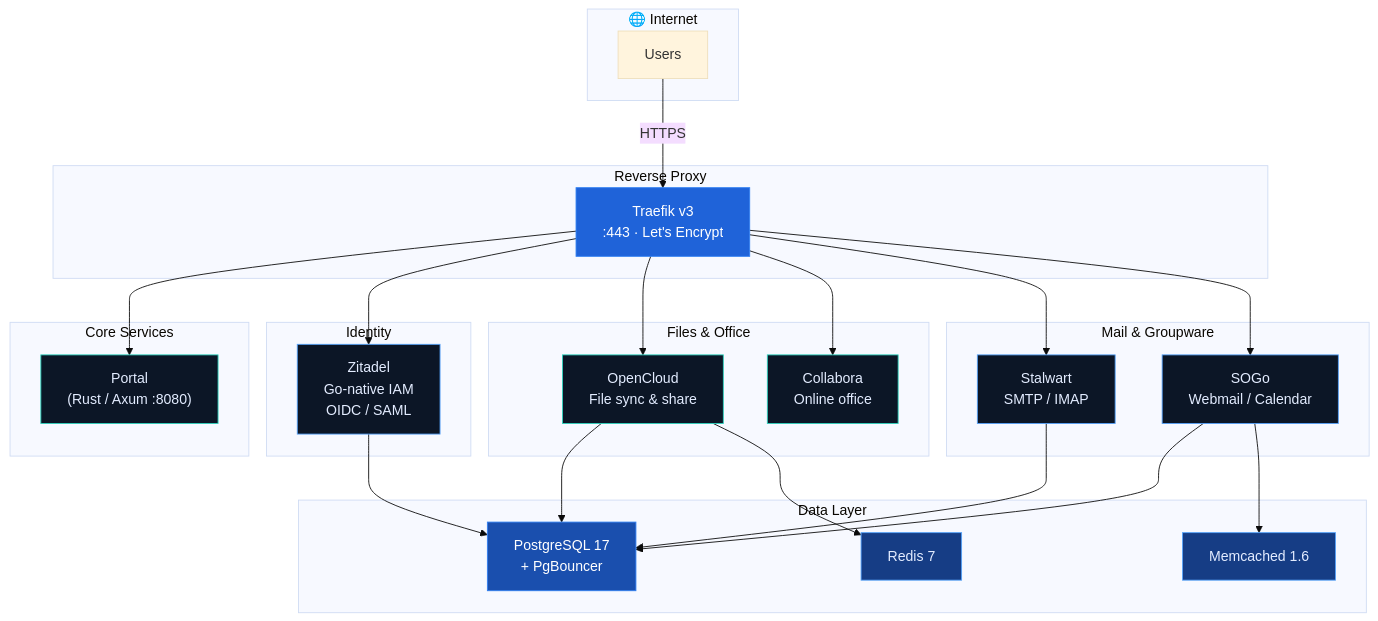
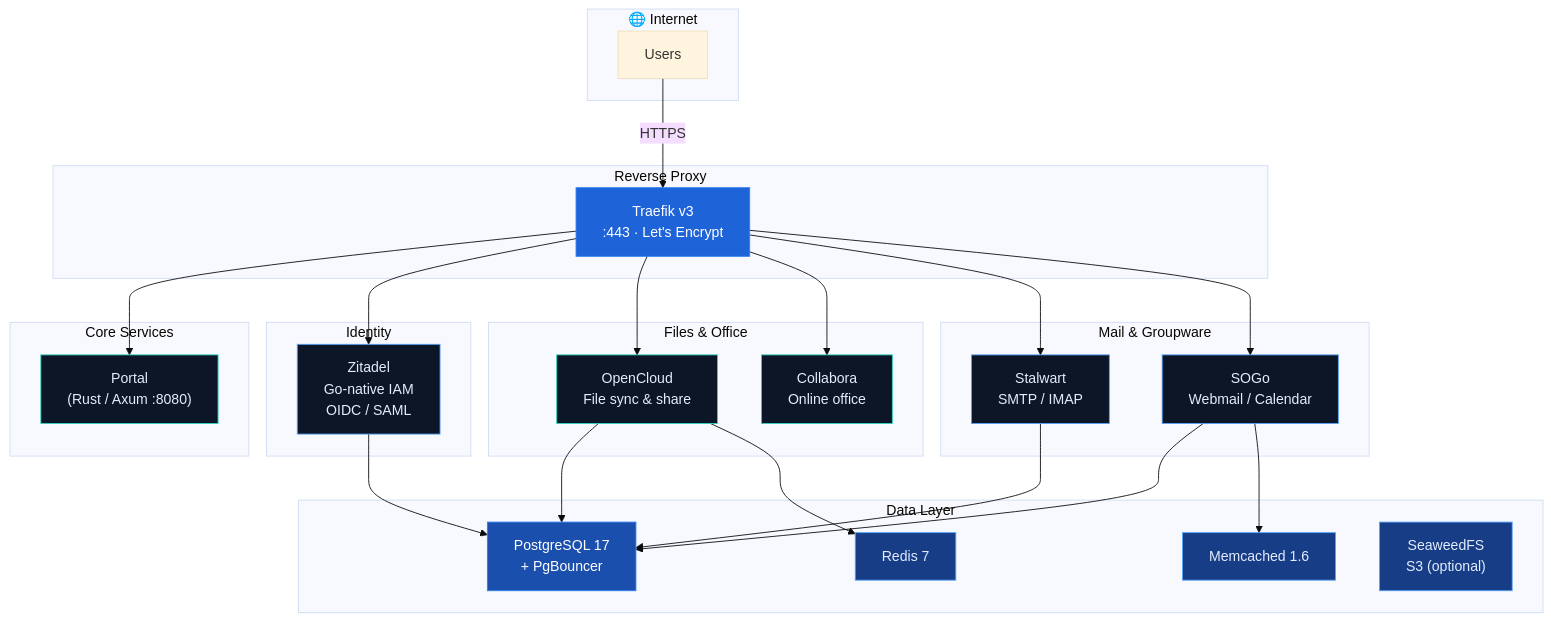
One commit to tobias-weiss-ai-xr/openSME-compose changed the diagram in README.md. Above: the diagram before and after it, drawn with Mermaid (base theme). The commit also changed other lines of this file, not shown here.

````diff
--- a/README.md
+++ b/README.md
@@ -121,60 +123,62 @@
 ```mermaid
 graph TB
     subgraph Internet ["🌐 Internet"]
         Client["Users"]
     end
 
     subgraph Proxy ["Reverse Proxy"]
         Traefik["Traefik v3<br/>:443 · Let's Encrypt"]
     end
 
     subgraph Core ["Core Services"]
         Portal["Portal<br/>(Rust / Axum :8080)"]
     end
 
     subgraph IAM ["Identity"]
         Zitadel["Zitadel<br/>Go-native IAM<br/>OIDC / SAML"]
     end
 
     subgraph Files ["Files & Office"]
         OpenCloud["OpenCloud<br/>File sync & share"]
         Collabora["Collabora<br/>Online office"]
     end
 
     subgraph Mail ["Mail & Groupware"]
         Stalwart["Stalwart<br/>SMTP / IMAP"]
         SOGo["SOGo<br/>Webmail / Calendar"]
     end
 
     subgraph Data ["Data Layer"]
         Postgres["PostgreSQL 17<br/>+ PgBouncer"]
         Redis["Redis 7"]
         Memcached["Memcached 1.6"]
+        SeaweedFS["SeaweedFS<br/>S3 (optional)"]
     end
 
     Client -->|"HTTPS"| Traefik
     Traefik --> Portal
     Traefik --> Zitadel
     Traefik --> OpenCloud
     Traefik --> Collabora
     Traefik --> Stalwart
     Traefik --> SOGo
 
     Zitadel --> Postgres
     OpenCloud --> Postgres
     OpenCloud --> Redis
     SOGo --> Postgres
     SOGo --> Memcached
     Stalwart --> Postgres
 
     style Traefik fill:#1f63d9,stroke:#2f7ff2,color:#fff
     style Portal fill:#0c1626,stroke:#2dd4bf,color:#e3ecff
     style Zitadel fill:#0c1626,stroke:#55a3fb,color:#e3ecff
     style OpenCloud fill:#0c1626,stroke:#2dd4bf,color:#e3ecff
     style Collabora fill:#0c1626,stroke:#2dd4bf,color:#e3ecff
     style Stalwart fill:#0c1626,stroke:#55a3fb,color:#e3ecff
     style SOGo fill:#0c1626,stroke:#55a3fb,color:#e3ecff
     style Postgres fill:#1a4fae,stroke:#2f7ff2,color:#fff
     style Redis fill:#163d85,stroke:#55a3fb,color:#e3ecff
     style Memcached fill:#163d85,stroke:#55a3fb,color:#e3ecff
+    style SeaweedFS fill:#163d85,stroke:#55a3fb,color:#e3ecff
 ```
````
